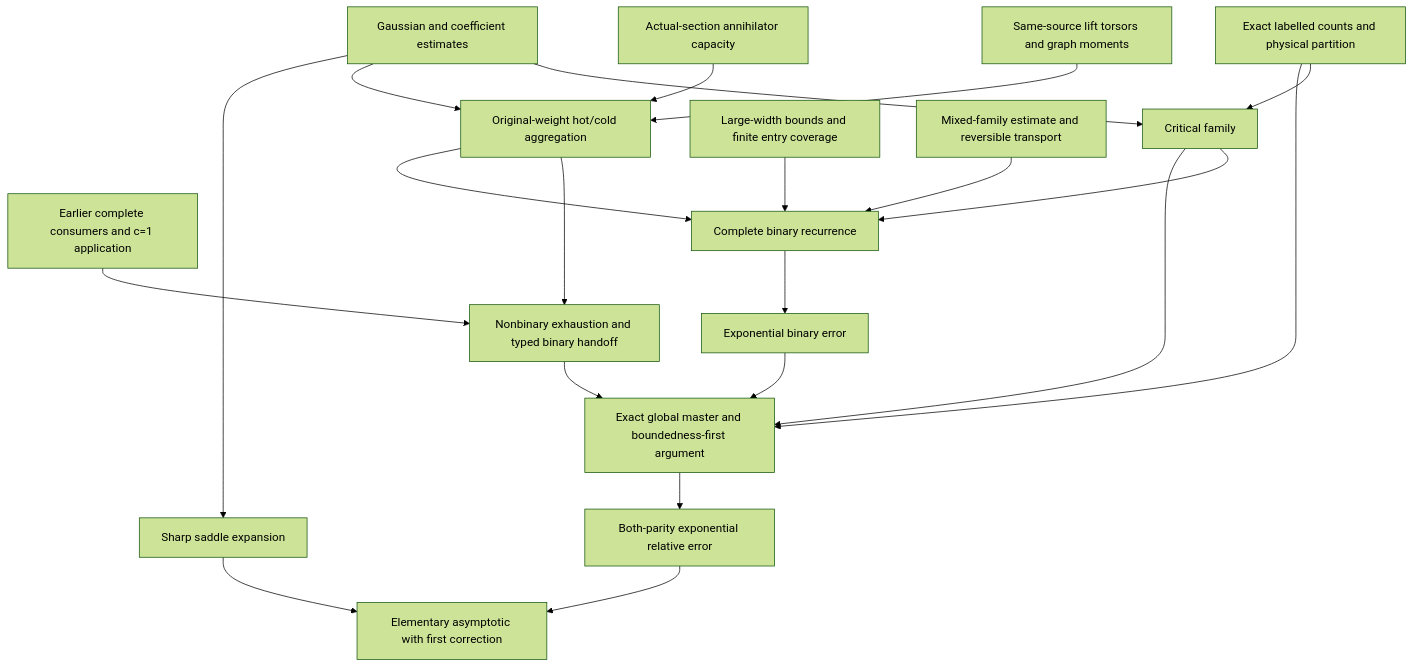
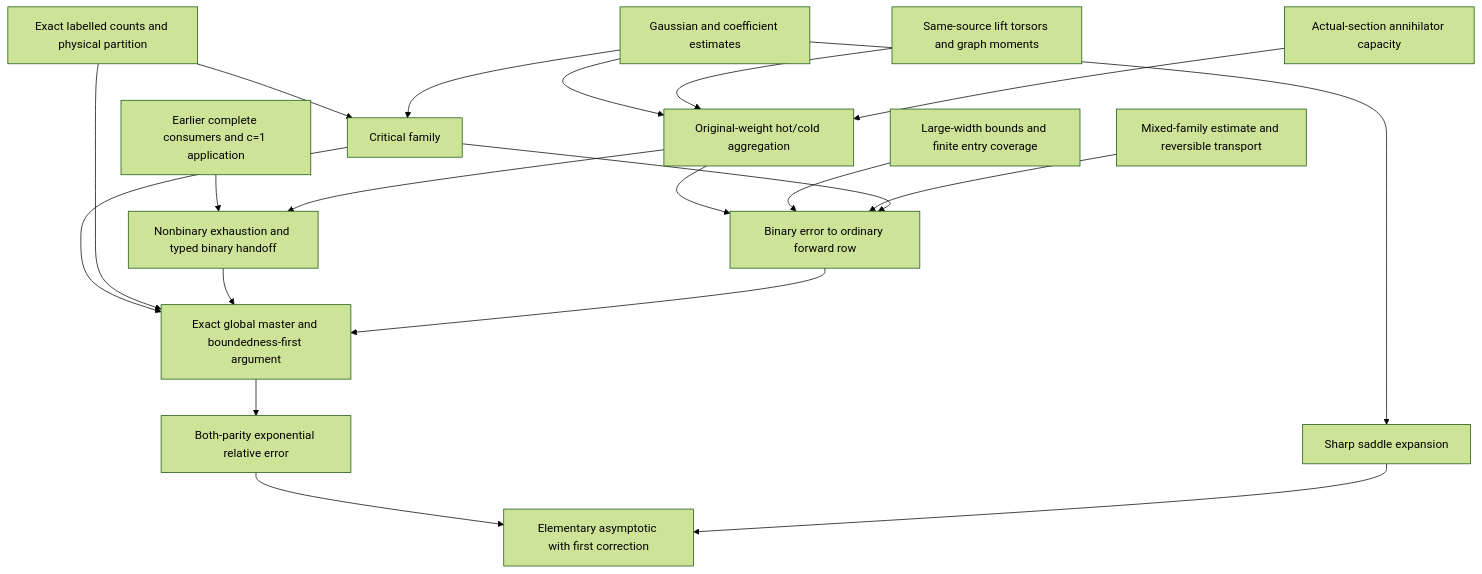
One commit to aimir/symmetric-subgroup-asymptotics changed the diagram in docs/blueprint/README.md. Above: the diagram before and after it, drawn with Mermaid (forest theme). The commit also changed other lines of this file and 14 other files, not shown here.

Commit message:
Document the complete native binary recurrence

````diff
--- a/docs/blueprint/README.md
+++ b/docs/blueprint/README.md
@@ -21,23 +21,22 @@
 ```mermaid
 flowchart TD
   D[Exact labelled counts and physical partition] --> C[Critical family]
   G[Gaussian and coefficient estimates] --> C
   G --> W[Original-weight hot/cold aggregation]
   L[Same-source lift torsors and graph moments] --> W
   U[Actual-section annihilator capacity] --> W
   P[Earlier complete consumers and c=1 application] --> N[Nonbinary exhaustion and typed binary handoff]
   W --> N
-  W --> B[Complete binary recurrence]
+  W --> B[Binary error to ordinary forward row]
   V[Large-width bounds and finite entry coverage] --> B
   M[Mixed-family estimate and reversible transport] --> B
   C --> B
-  B --> E[Exponential binary error]
   C --> T[Exact global master and boundedness-first argument]
   D --> T
   N --> T
-  E --> T
+  B --> T
   T --> S[Both-parity exponential relative error]
   G --> X[Sharp saddle expansion]
   S --> F[Elementary asymptotic with first correction]
   X --> F
 ```
````
